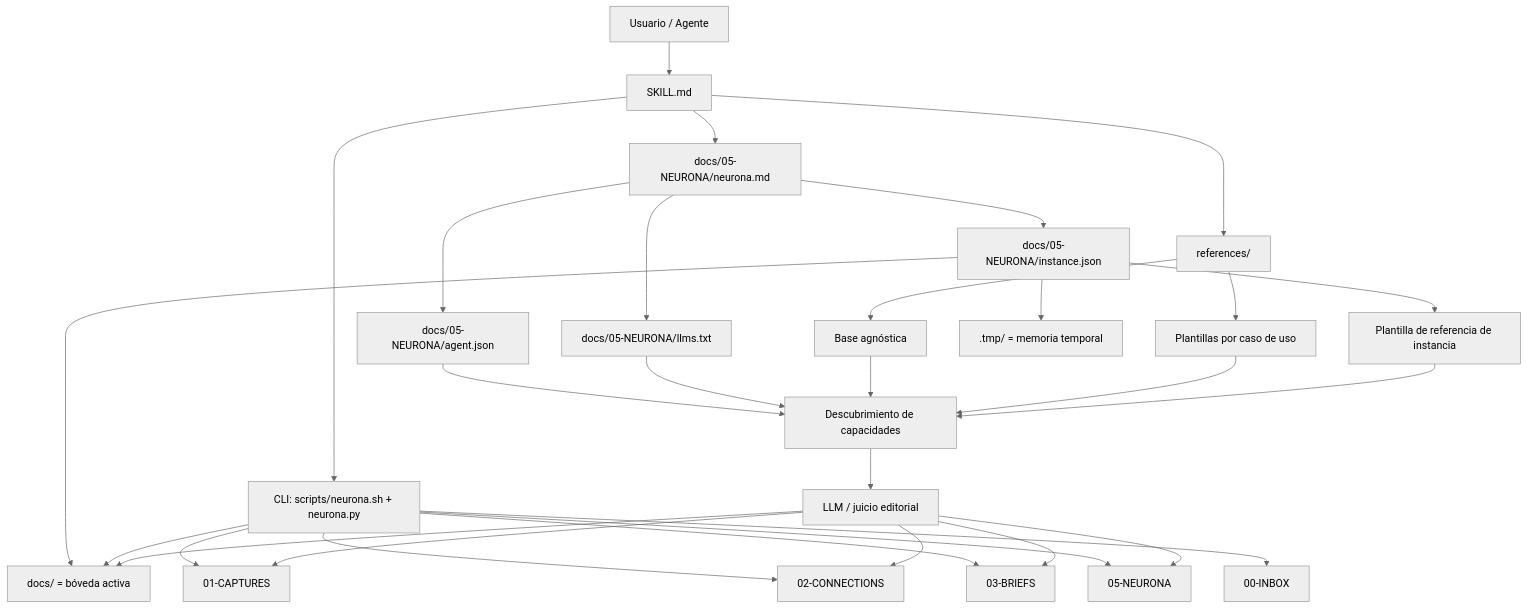
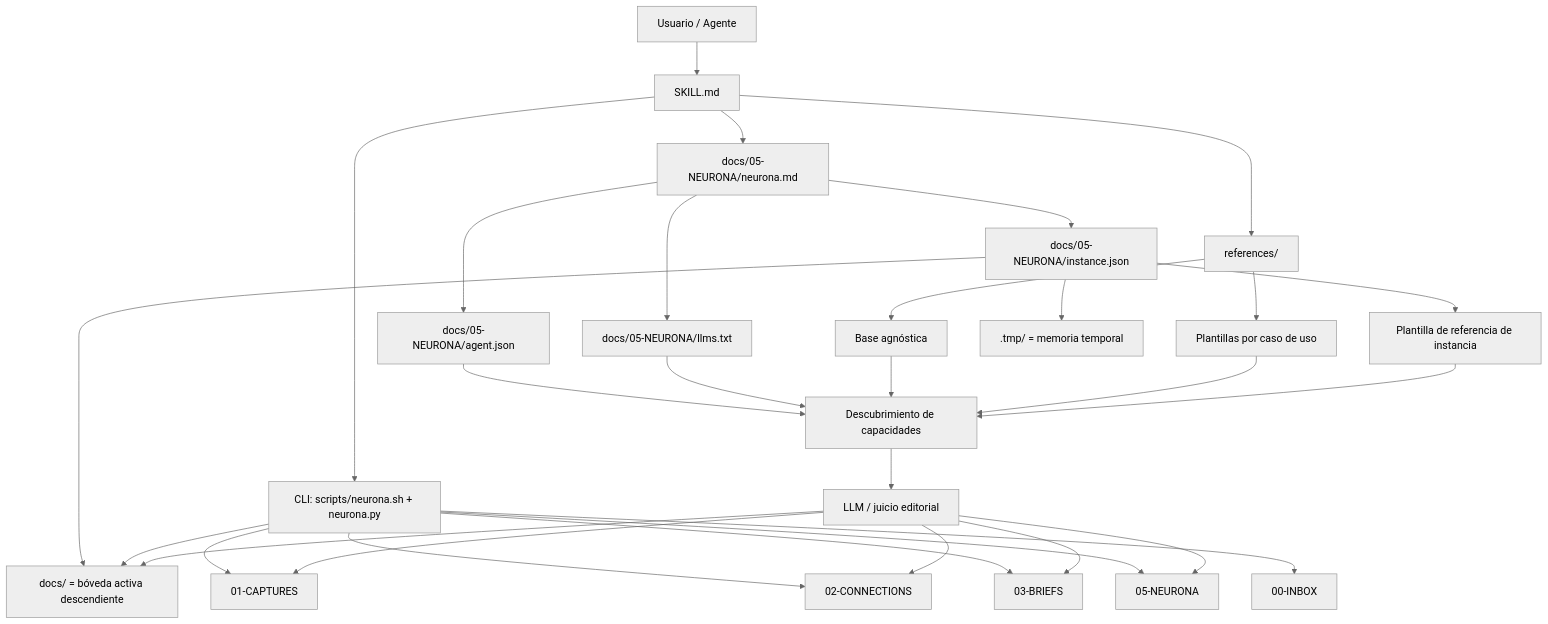
One commit to AkimboTheOne/ia-skill-neurona changed the diagram in docs/05-NEURONA/diagrama-arquitectura-instanciable.md. Above: the diagram before and after it, drawn with Mermaid (neutral theme). The commit also changed other lines of this file and 19 other files, not shown here.

````diff
--- a/docs/05-NEURONA/diagrama-arquitectura-instanciable.md
+++ b/docs/05-NEURONA/diagrama-arquitectura-instanciable.md
@@ -22,38 +22,38 @@
 ```mermaid
 flowchart TD
     U[Usuario / Agente] --> S[SKILL.md]
     S --> R[references/]
     S --> C[CLI: scripts/neurona.sh + neurona.py]
     S --> N[docs/05-NEURONA/neurona.md]
 
     R --> R0[Base agnóstica]
     R --> RT[Plantillas por caso de uso]
 
     N --> I[docs/05-NEURONA/instance.json]
     N --> A[docs/05-NEURONA/agent.json]
     N --> L[docs/05-NEURONA/llms.txt]
 
     I --> T[Plantilla de referencia de instancia]
-    I --> V[docs/ = bóveda activa]
+    I --> V[docs/ = bóveda activa descendiente]
     I --> M[.tmp/ = memoria temporal]
 
     C --> V
     C --> D0[00-INBOX]
     C --> D1[01-CAPTURES]
     C --> D2[02-CONNECTIONS]
     C --> D3[03-BRIEFS]
     C --> D5[05-NEURONA]
 
     A --> G[Descubrimiento de capacidades]
     L --> G
     R0 --> G
     RT --> G
     T --> G
 
     G --> LLM[LLM / juicio editorial]
     LLM --> V
     LLM --> D1
     LLM --> D2
     LLM --> D3
     LLM --> D5
 ```
````
